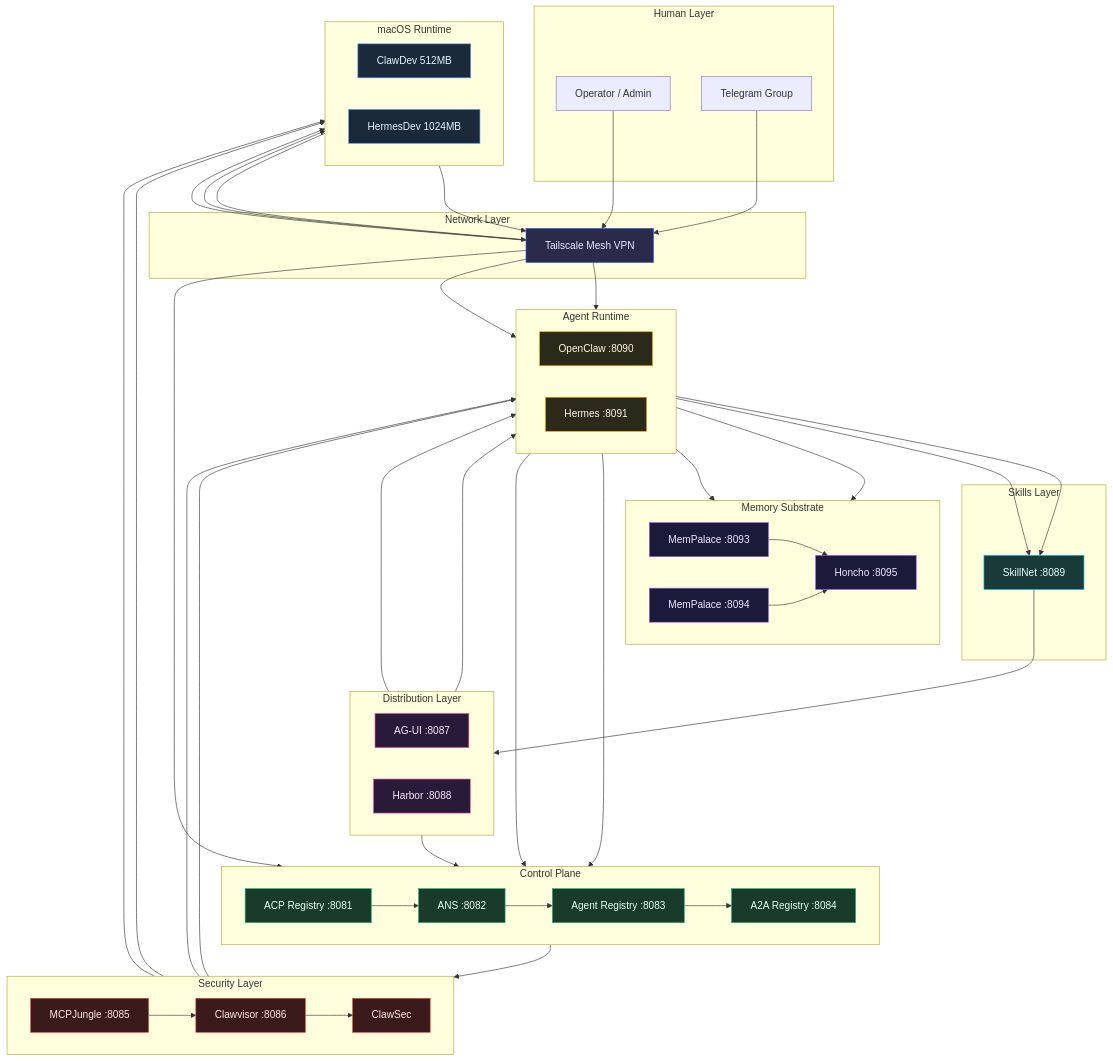
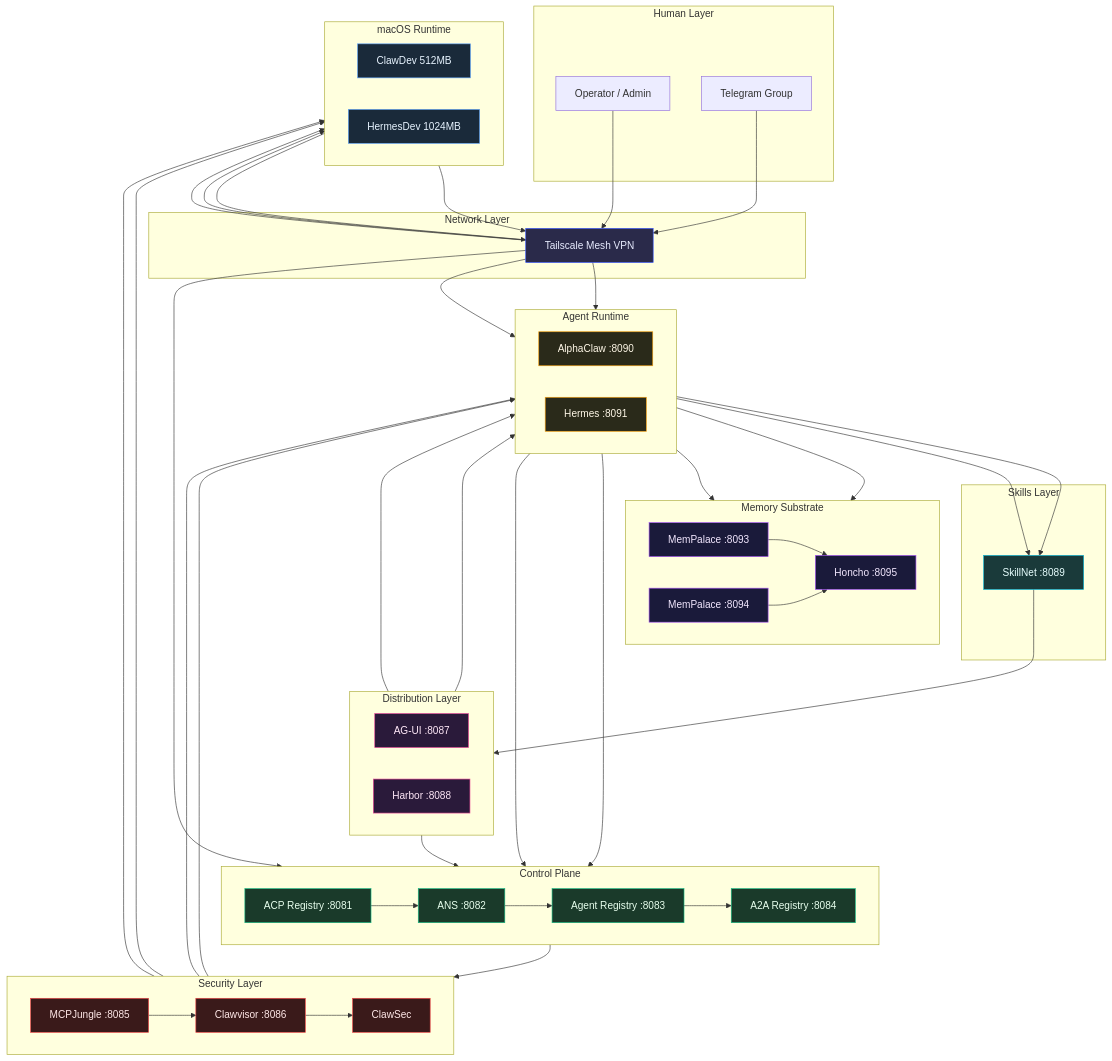
The first of 2 diagrams in README.md (enuno/noesis-ansible), drawn with Mermaid before and after one commit. The commit also changed other lines of this file and 40 other files, not shown here.

```diff
--- a/README.md
+++ b/README.md
@@ -139,7 +139,7 @@
 
     subgraph Runtime["Agent Runtime"]
         direction LR
-        oc["OpenClaw :8090"]
+        oc["AlphaClaw :8090"]
         hm["Hermes :8091"]
     end
 
```
